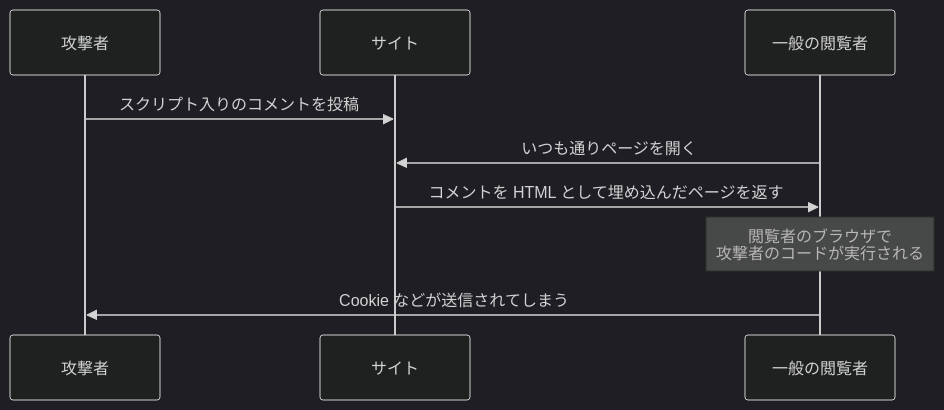
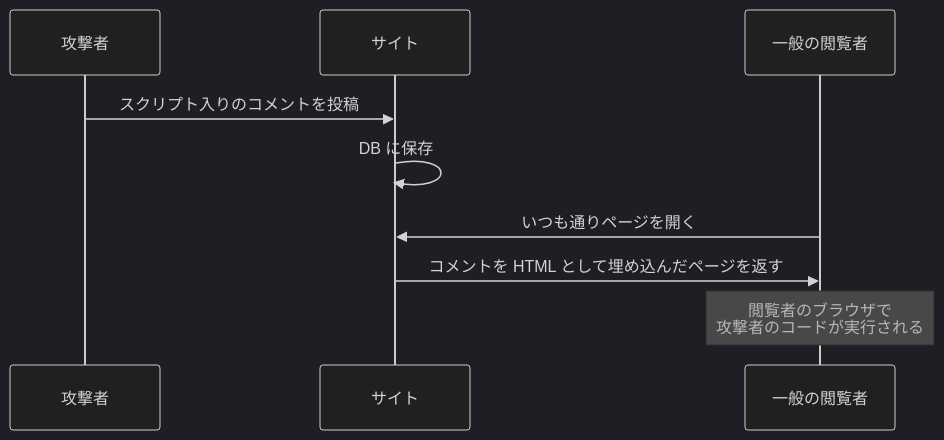
Before and after one commit to ozaki25/web-front-training-ozaki25: the diagram in docs/drafts/050/index.md, drawn with Mermaid (dark theme). The commit also changed other lines of this file, not shown here.

````diff
--- a/docs/drafts/050/index.md
+++ b/docs/drafts/050/index.md
@@ -36,11 +40,11 @@
 ```mermaid
 sequenceDiagram
   participant A as 攻撃者
   participant S as サイト
   participant V as 一般の閲覧者
   A->>S: スクリプト入りのコメントを投稿
+  S->>S: DB に保存
   V->>S: いつも通りページを開く
   S->>V: コメントを HTML として埋め込んだページを返す
   Note over V: 閲覧者のブラウザで<br>攻撃者のコードが実行される
-  V->>A: Cookie などが送信されてしまう
 ```
````
